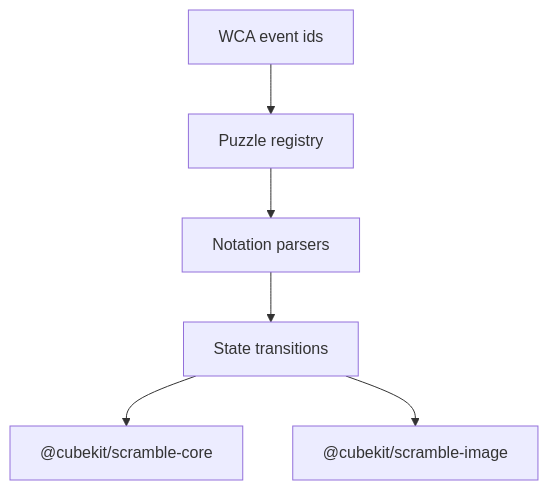
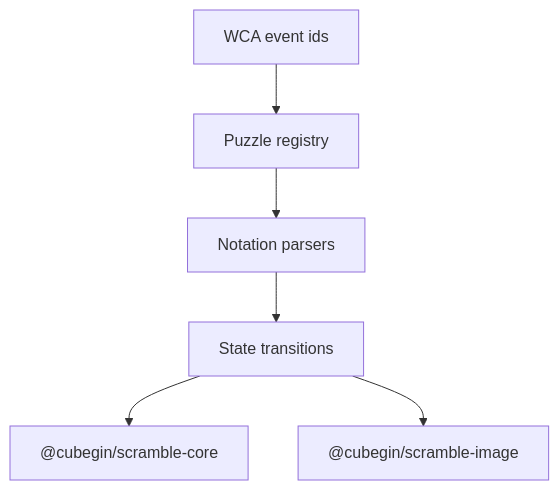
One commit to deweyou/cube-kit changed the diagram in docs/packages/scramble-puzzle/index.md. Above: the diagram before and after it, drawn with Mermaid. The commit also changed other lines of this file and 164 other files, not shown here.

````diff
--- a/docs/packages/scramble-puzzle/index.md
+++ b/docs/packages/scramble-puzzle/index.md
@@ -3,8 +3,8 @@
 ```mermaid
 flowchart TD
     Events["WCA event ids"] --> Registry["Puzzle registry"]
     Registry --> Parsers["Notation parsers"]
     Parsers --> States["State transitions"]
-    States --> Core["@cubekit/scramble-core"]
-    States --> Image["@cubekit/scramble-image"]
+    States --> Core["@cubegin/scramble-core"]
+    States --> Image["@cubegin/scramble-image"]
 ```
````
